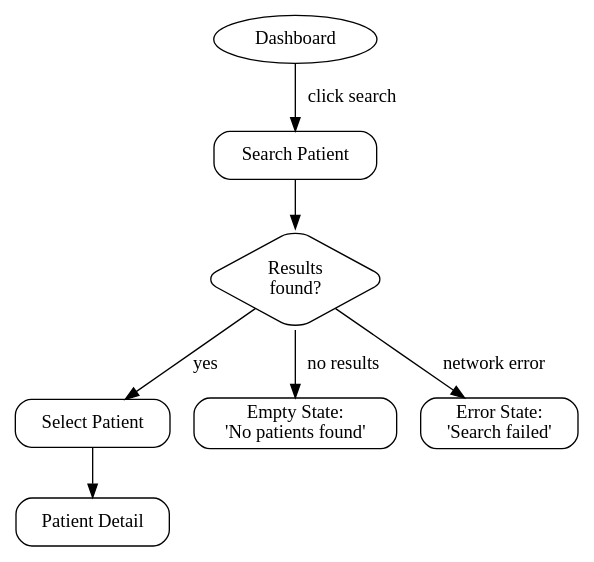
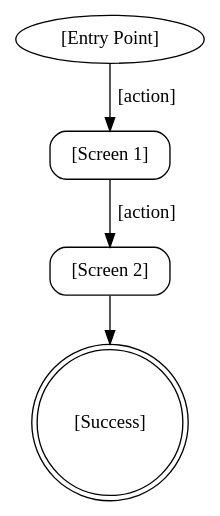
The diagram in skills/ux-flows/SKILL.md (florian23/superflowers), drawn with Graphviz before and after one commit. The commit also changed other lines of this file and 1 other file, not shown here.

First line of the commit message:
Rewrite ux-research and ux-flows as dialog processes

````diff
--- a/skills/ux-flows/SKILL.md
+++ b/skills/ux-flows/SKILL.md
@@ -35,19 +44,12 @@
 ```dot
-digraph flow_example {
+digraph flow {
   node [shape=box, style=rounded];
-  start [shape=ellipse, label="Dashboard"];
-  search [label="Search Patient"];
-  results [shape=diamond, label="Results\nfound?"];
-  select [label="Select Patient"];
-  detail [label="Patient Detail"];
-  empty [label="Empty State:\n'No patients found'"];
-  error [label="Error State:\n'Search failed'"];
-
-  start -> search [label="click search"];
-  search -> results;
-  results -> select [label="yes"];
-  results -> empty [label="no results"];
-  results -> error [label="network error"];
-  select -> detail;
+  start [shape=ellipse, label="[Entry Point]"];
+  step1 [label="[Screen 1]"];
+  step2 [label="[Screen 2]"];
+  done [shape=doublecircle, label="[Success]"];
+  start -> step1 [label="[action]"];
+  step1 -> step2 [label="[action]"];
+  step2 -> done;
 }
 ```
````
